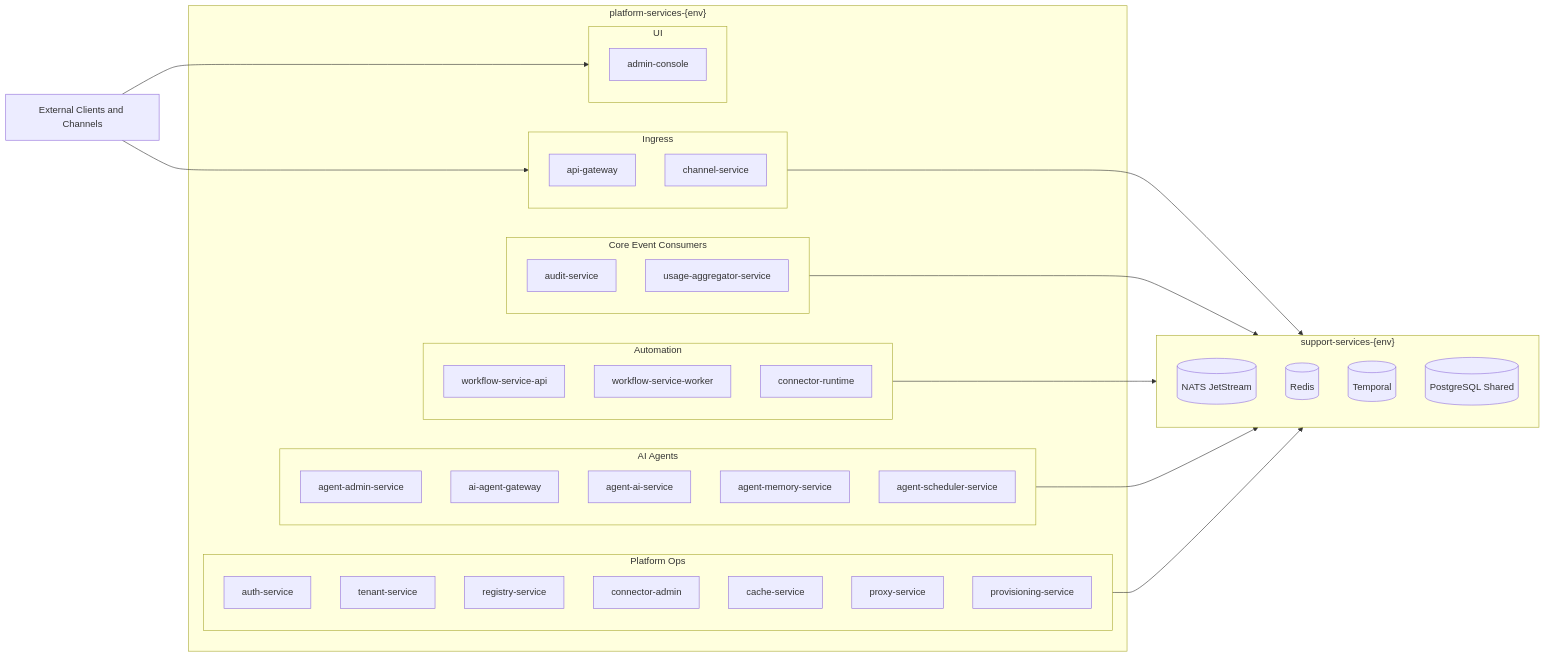
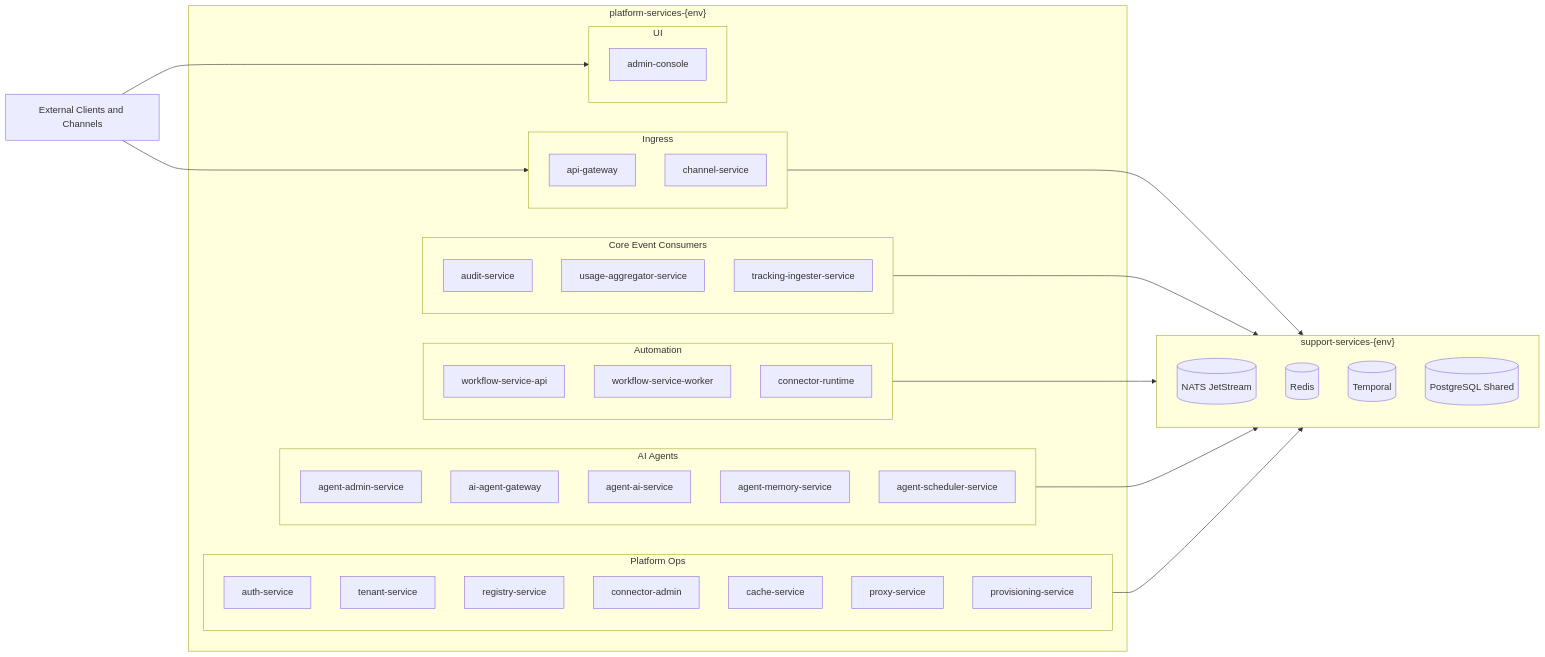
One commit to ccarnero/colloqui changed the first of 20 diagrams in DOCS/architecture/overview.md. Above: the diagram before and after it, drawn with Mermaid. The commit also changed other lines of this file and 12 other files, not shown here.

First line of the commit message:
docs(audit): T02 messaging+architecture vs code — 11 fixed, 2 true

````diff
--- a/DOCS/architecture/overview.md
+++ b/DOCS/architecture/overview.md
@@ -15,60 +15,61 @@
 ```mermaid
 flowchart LR
     ext[External Clients and Channels]
 
     subgraph support["support-services-{env}"]
         nats[(NATS JetStream)]
         redis[(Redis)]
         temporal[(Temporal)]
         pgs[(PostgreSQL Shared)]
     end
 
     subgraph platform["platform-services-{env}"]
         subgraph ingress[Ingress]
             gw[api-gateway]
             channel[channel-service]
         end
 
         subgraph core[Core Event Consumers]
             audit[audit-service]
             usage[usage-aggregator-service]
+            tracking[tracking-ingester-service]
         end
 
         subgraph automation[Automation]
             wapi[workflow-service-api]
             wworker[workflow-service-worker]
             connector[connector-runtime]
         end
 
         subgraph yz[AI Agents]
             yzadmin[agent-admin-service]
             yzgateway[ai-agent-gateway]
             yzruntime[agent-ai-service]
             yzmemory[agent-memory-service]
             yzscheduler[agent-scheduler-service]
         end
 
         subgraph ops[Platform Ops]
             auth[auth-service]
             tenant[tenant-service]
             registry[registry-service]
             connectorAdmin[connector-admin]
             cache[cache-service]
             proxy[proxy-service]
             provisioning[provisioning-service]
         end
 
         subgraph ui[UI]
             admin[admin-console]
         end
     end
 
     ext --> ingress
     ext --> ui
 
     ingress --> support
     core --> support
     automation --> support
     yz --> support
     ops --> support
 ```
````
